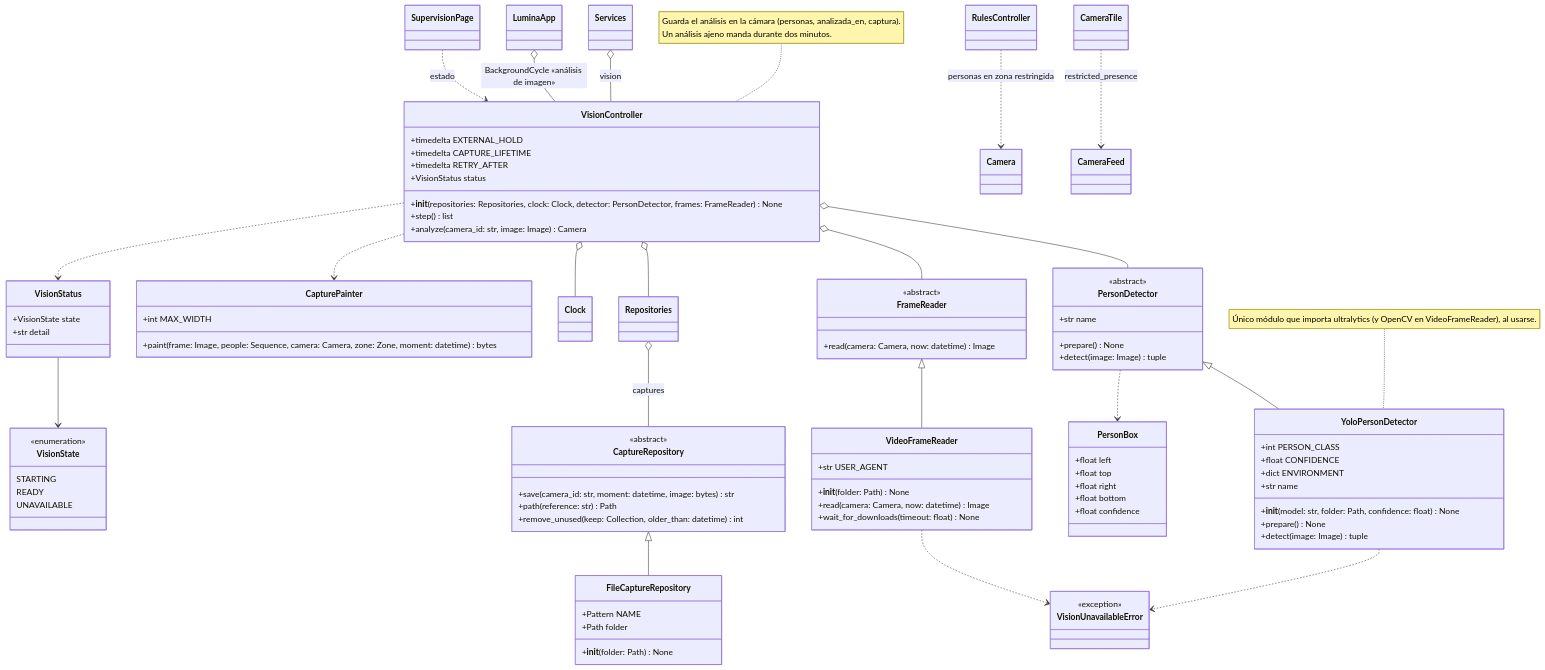
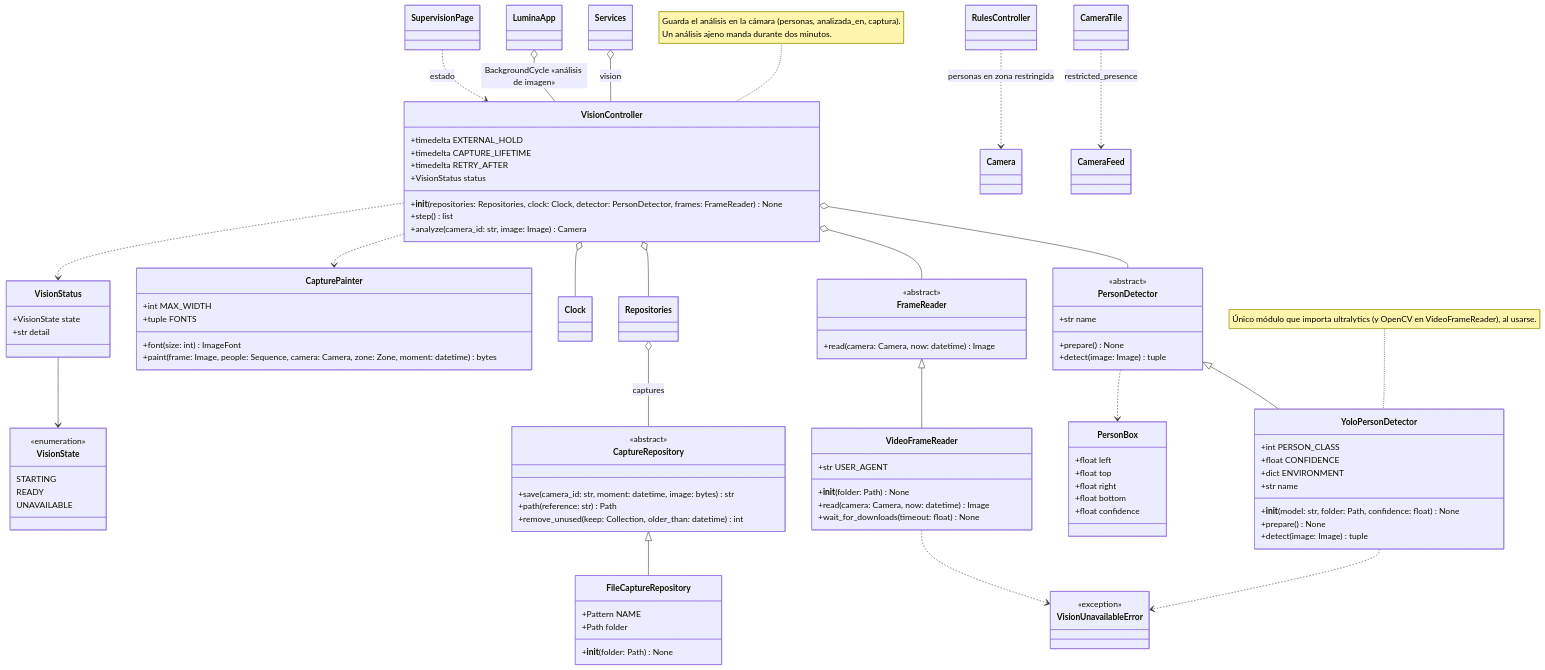
The sixth of 6 diagrams in docs/uml-clases.md (laurapovedan22/proyecto_informatica), drawn with Mermaid before and after one commit. The commit also changed 10 other files, not shown here.

```diff
--- a/docs/uml-clases.md
+++ b/docs/uml-clases.md
@@ -1500,6 +1500,8 @@
     }
     class CapturePainter {
         +int MAX_WIDTH
+        +tuple FONTS
+        +font(size: int) ImageFont
         +paint(frame: Image, people: Sequence, camera: Camera, zone: Zone, moment: datetime) bytes
     }
     class VisionController {
```
